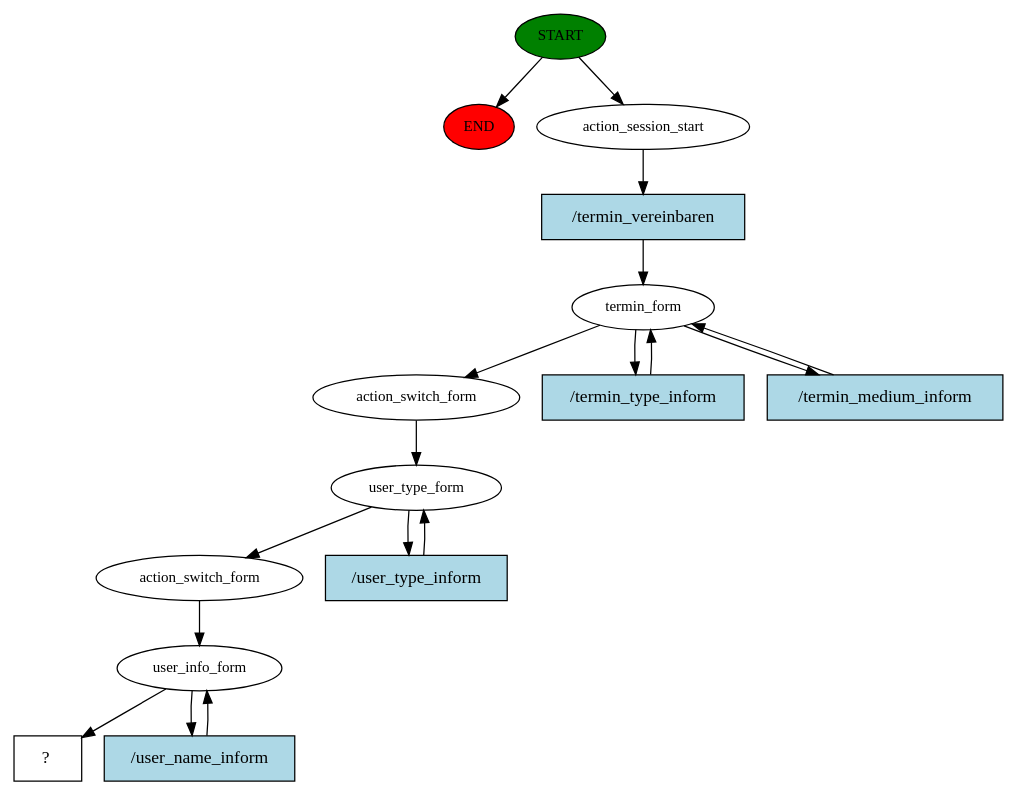
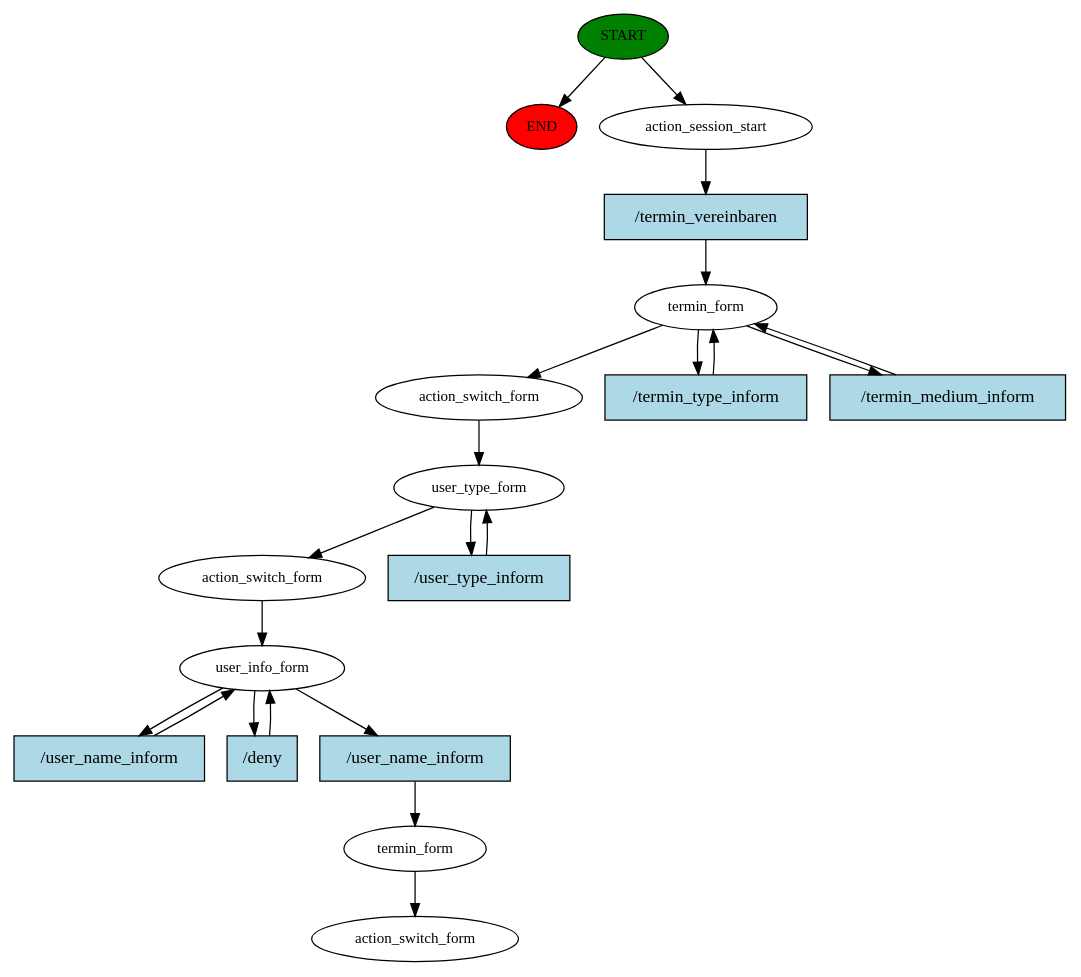
The diagram in bot-pilot-chat/backend/rasa-actions/story_graph.dot (normanboettcher/BotPilot), drawn with Graphviz before and after one commit. The commit also changed 15 other files, not shown here.

Commit message:
Added - new flow with user name confirmation

```diff
--- a/bot-pilot-chat/backend/rasa-actions/story_graph.dot
+++ b/bot-pilot-chat/backend/rasa-actions/story_graph.dot
@@ -1,33 +1,40 @@
 digraph  {
 0 [class="start active", fillcolor=green, fontsize=12, label=START, style=filled];
 "-1" [class=end, fillcolor=red, fontsize=12, label=END, style=filled];
 1 [class=active, fontsize=12, label=action_session_start];
 2 [class=active, fontsize=12, label=termin_form];
 5 [class=active, fontsize=12, label=action_switch_form];
 6 [class=active, fontsize=12, label=user_type_form];
 8 [class=active, fontsize=12, label=action_switch_form];
 9 [class=active, fontsize=12, label=user_info_form];
-11 [class="intent dashed active", label="  ?  ", shape=rect];
-12 [class="intent active", fillcolor=lightblue, label="/termin_vereinbaren", shape=rect, style=filled];
-13 [class="intent active", fillcolor=lightblue, label="/termin_type_inform", shape=rect, style=filled];
-14 [class="intent active", fillcolor=lightblue, label="/termin_medium_inform", shape=rect, style=filled];
-15 [class="intent active", fillcolor=lightblue, label="/user_type_inform", shape=rect, style=filled];
-16 [class="intent active", fillcolor=lightblue, label="/user_name_inform", shape=rect, style=filled];
+12 [class=active, fontsize=12, label=termin_form];
+13 [class="dashed active", fontsize=12, label=action_switch_form];
+14 [class="intent active", fillcolor=lightblue, label="/termin_vereinbaren", shape=rect, style=filled];
+15 [class="intent active", fillcolor=lightblue, label="/termin_type_inform", shape=rect, style=filled];
+16 [class="intent active", fillcolor=lightblue, label="/termin_medium_inform", shape=rect, style=filled];
+17 [class="intent active", fillcolor=lightblue, label="/user_type_inform", shape=rect, style=filled];
+18 [class="intent active", fillcolor=lightblue, label="/user_name_inform", shape=rect, style=filled];
+19 [class="intent active", fillcolor=lightblue, label="/deny", shape=rect, style=filled];
+20 [class="intent active", fillcolor=lightblue, label="/user_name_inform", shape=rect, style=filled];
 0 -> "-1"  [class="", key=NONE, label=""];
 0 -> 1  [class=active, key=NONE, label=""];
-1 -> 12  [class=active, key=0];
+1 -> 14  [class=active, key=0];
 2 -> 5  [class=active, key=NONE, label=""];
-2 -> 13  [class=active, key=0];
-2 -> 14  [class=active, key=0];
+2 -> 15  [class=active, key=0];
+2 -> 16  [class=active, key=0];
 5 -> 6  [class=active, key=NONE, label=""];
 6 -> 8  [class=active, key=NONE, label=""];
-6 -> 15  [class=active, key=0];
+6 -> 17  [class=active, key=0];
 8 -> 9  [class=active, key=NONE, label=""];
-9 -> 11  [class=active, key=NONE, label=""];
-9 -> 16  [class=active, key=0];
-12 -> 2  [class=active, key=0];
-13 -> 2  [class=active, key=0];
+9 -> 18  [class=active, key=0];
+9 -> 19  [class=active, key=0];
+9 -> 20  [class=active, key=0];
+12 -> 13  [class=active, key=NONE, label=""];
 14 -> 2  [class=active, key=0];
-15 -> 6  [class=active, key=0];
-16 -> 9  [class=active, key=0];
+15 -> 2  [class=active, key=0];
+16 -> 2  [class=active, key=0];
+17 -> 6  [class=active, key=0];
+18 -> 9  [class=active, key=0];
+19 -> 9  [class=active, key=0];
+20 -> 12  [class=active, key=0];
 }
```
